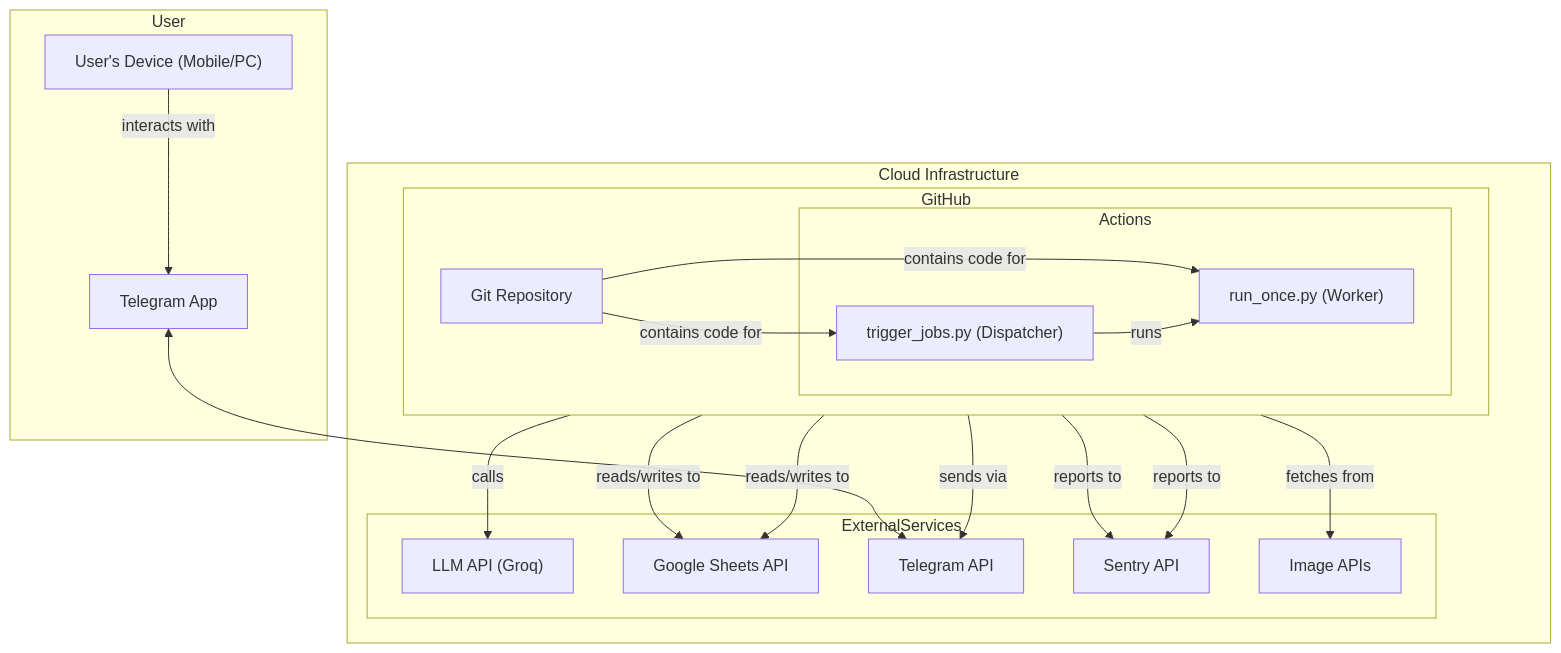
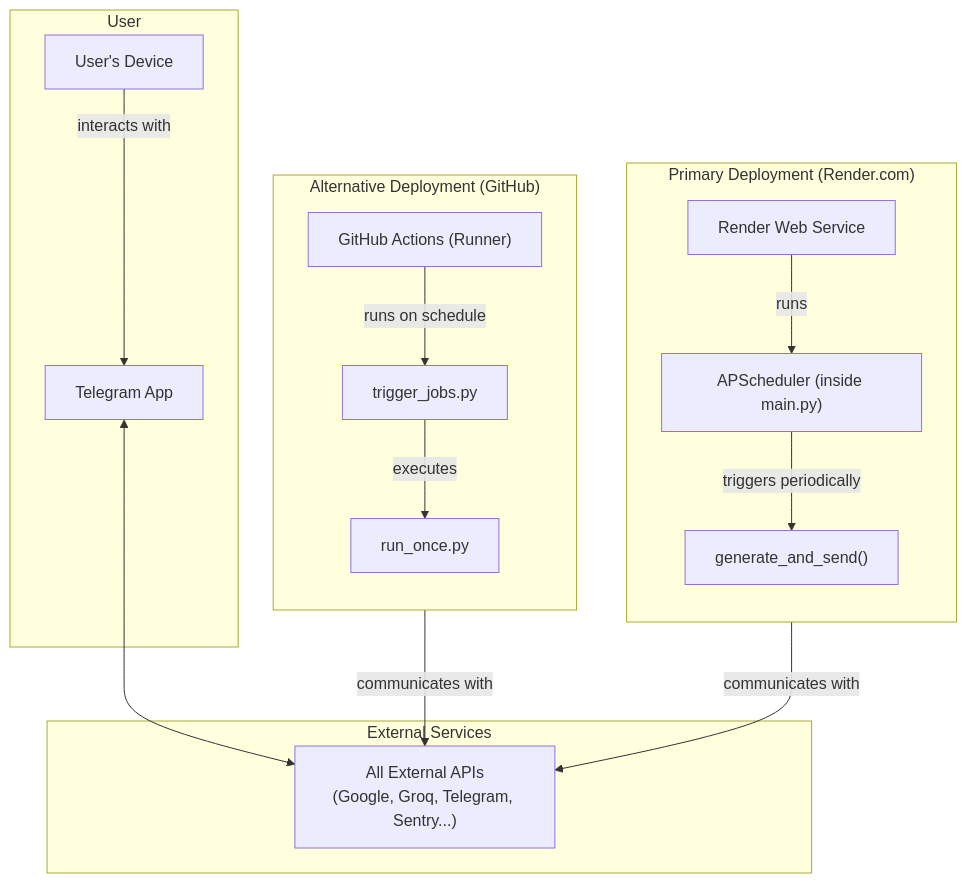
One commit to OpenXFlow/PulserBot changed the second of 4 diagrams in docs/assets/bot_flow.md. Above: the diagram before and after it, drawn with Mermaid. The commit also changed other lines of this file and 113 other files, not shown here.

First line of the commit message:
feat(architecture): Major refactor to Handler architecture and add new features

````diff
--- a/docs/assets/bot_flow.md
+++ b/docs/assets/bot_flow.md
@@ -58,44 +59,32 @@
 ```mermaid
 graph TD
     subgraph "User"
-        UserDevice["User's Device (Mobile/PC)"]
-        UserDevice -- "interacts with" --> TelegramApp[Telegram App]
+        UserDevice["User's Device"] -- "interacts with" --> TelegramApp[Telegram App]
     end
 
-    subgraph "Cloud Infrastructure"
-        GitHub["GitHub"]
-        ExternalServices["External Services"]
-    end
-    
-    subgraph GitHub
-        direction LR
-        Repo["Git Repository"]
-        Actions["GitHub Actions (Runner)"]
+    subgraph "Primary Deployment (Render.com)"
+        direction TB
+        Render["Render Web Service"]
+        Scheduler["APScheduler (inside main.py)"]
+        WorkerA["generate_and_send()"]
+        Render -- "runs" --> Scheduler
+        Scheduler -- "triggers periodically" --> WorkerA
     end
 
-    subgraph Actions
-        Trigger["trigger_jobs.py (Dispatcher)"]
-        RunOnce["run_once.py (Worker)"]
-    end
-    
-    subgraph ExternalServices
-        LLM_API["LLM API (Groq)"]
-        GSheets_API["Google Sheets API"]
-        Telegram_API["Telegram API"]
-        Sentry_API["Sentry API"]
-        Image_APIs["Image APIs"]
+    subgraph "Alternative Deployment (GitHub)"
+        direction TB
+        GHA["GitHub Actions (Runner)"]
+        Dispatcher["trigger_jobs.py"]
+        WorkerB["run_once.py"]
+        GHA -- "runs on schedule" --> Dispatcher
+        Dispatcher -- "executes" --> WorkerB
     end
 
-    Repo -- "contains code for" --> Trigger
-    Repo -- "contains code for" --> RunOnce
-    Trigger -- "runs" --> RunOnce
-    
-    TelegramApp <--> Telegram_API
-    RunOnce -- "calls" --> LLM_API
-    RunOnce -- "reads/writes to" --> GSheets_API
-    RunOnce -- "sends via" --> Telegram_API
-    RunOnce -- "reports to" --> Sentry_API
-    RunOnce -- "fetches from" --> Image_APIs
-    Trigger -- "reads/writes to" --> GSheets_API
-    Trigger -- "reports to" --> Sentry_API
+    subgraph "External Services"
+        ExternalAPIs["All External APIs<br>(Google, Groq, Telegram, Sentry...)"]
+    end
+
+    TelegramApp <--> ExternalAPIs
+    WorkerA -- "communicates with" --> ExternalAPIs
+    WorkerB -- "communicates with" --> ExternalAPIs
 ```
````
